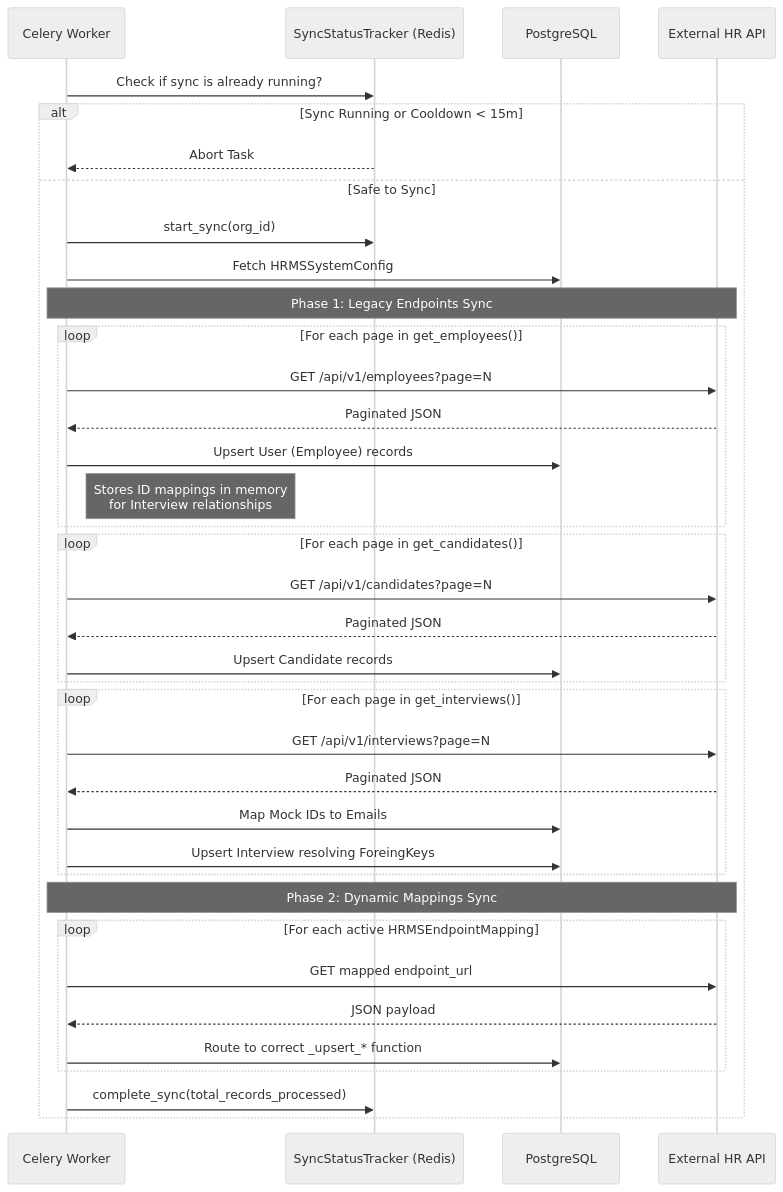
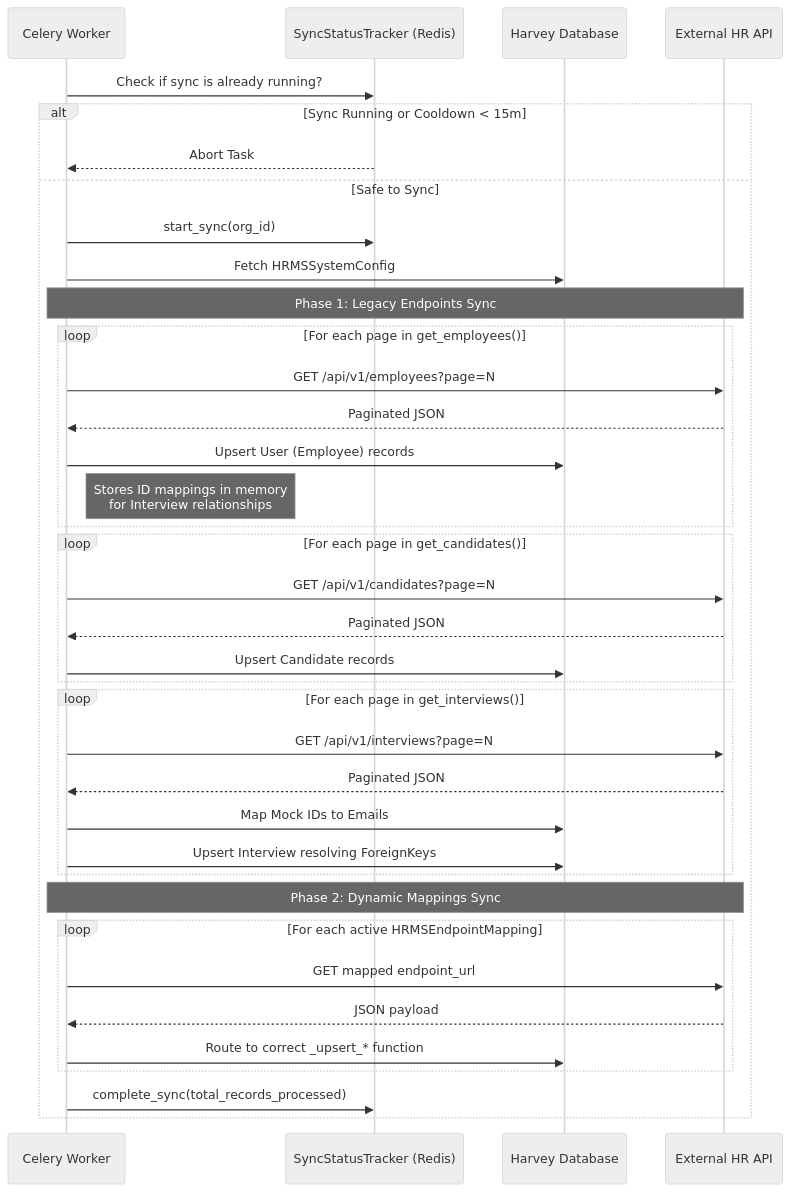
One commit to nathanmendis/project-harvey-test changed the third of 3 diagrams in Documentiation/HR_INTEGRATION.md. Above: the diagram before and after it, drawn with Mermaid (neutral theme). The commit also changed other lines of this file, not shown here.

````diff
--- a/Documentiation/HR_INTEGRATION.md
+++ b/Documentiation/HR_INTEGRATION.md
@@ -126,45 +132,45 @@
 ```mermaid
 sequenceDiagram
     participant Celery as Celery Worker
     participant Tracker as SyncStatusTracker (Redis)
-    participant DB as PostgreSQL
+    participant DB as Harvey Database
     participant Adapter as External HR API
 
     Celery->>Tracker: Check if sync is already running?
     alt Sync Running or Cooldown < 15m
         Tracker-->>Celery: Abort Task
     else Safe to Sync
         Celery->>Tracker: start_sync(org_id)
         Celery->>DB: Fetch HRMSSystemConfig
         
         Note over Celery,Adapter: Phase 1: Legacy Endpoints Sync
         loop For each page in get_employees()
             Celery->>Adapter: GET /api/v1/employees?page=N
             Adapter-->>Celery: Paginated JSON
             Celery->>DB: Upsert User (Employee) records
             Note right of Celery: Stores ID mappings in memory<br/>for Interview relationships
         end
         
         loop For each page in get_candidates()
             Celery->>Adapter: GET /api/v1/candidates?page=N
             Adapter-->>Celery: Paginated JSON
             Celery->>DB: Upsert Candidate records
         end
         
         loop For each page in get_interviews()
             Celery->>Adapter: GET /api/v1/interviews?page=N
             Adapter-->>Celery: Paginated JSON
             Celery->>DB: Map Mock IDs to Emails
-            Celery->>DB: Upsert Interview resolving ForeingKeys
+            Celery->>DB: Upsert Interview resolving ForeignKeys
         end
         
         Note over Celery,Adapter: Phase 2: Dynamic Mappings Sync
         loop For each active HRMSEndpointMapping
             Celery->>Adapter: GET mapped endpoint_url
             Adapter-->>Celery: JSON payload
             Celery->>DB: Route to correct _upsert_* function
         end
         
         Celery->>Tracker: complete_sync(total_records_processed)
     end
 ```
````
